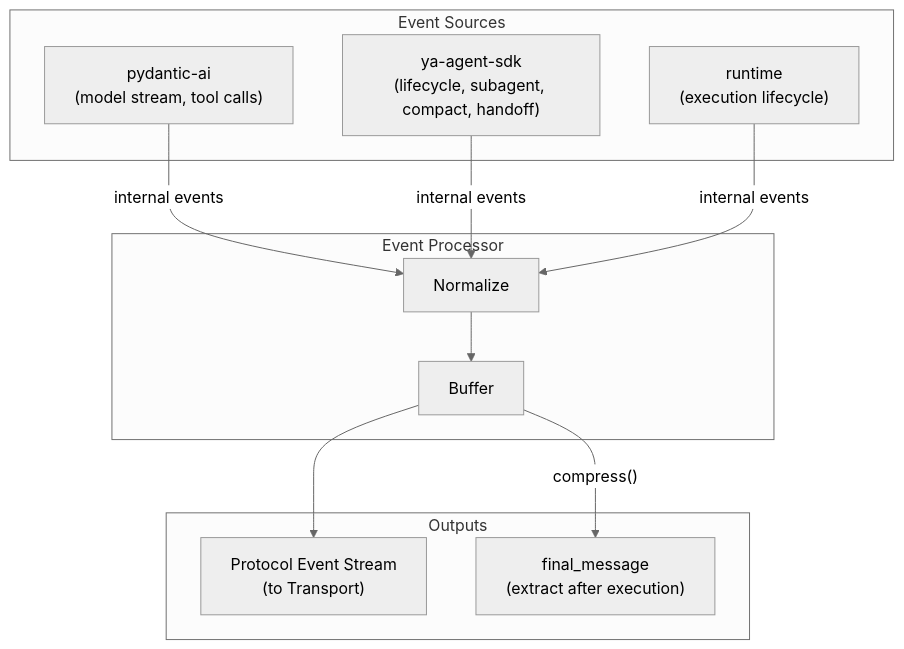
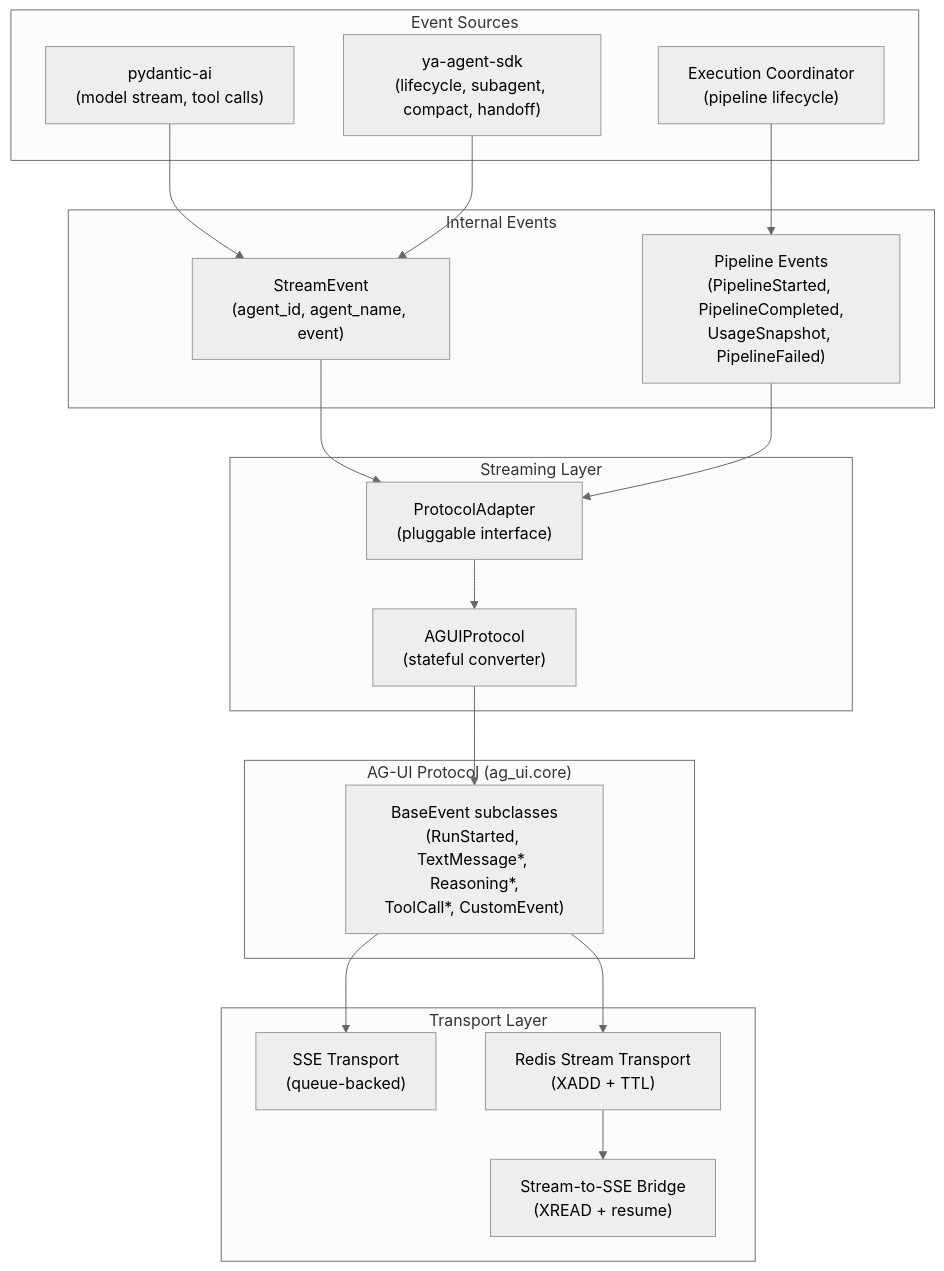
The first of 3 diagrams in spec/agent_runtime/04-events-and-streaming.md (Wh1isper/netherbrain), drawn with Mermaid (neutral theme) before and after one commit. The commit also changed other lines of this file and 29 other files, not shown here.

First line of the commit message:
feat: add event streaming pipeline with AG-UI protocol and transports

````diff
--- a/spec/agent_runtime/04-events-and-streaming.md
+++ b/spec/agent_runtime/04-events-and-streaming.md
@@ -7,23 +7,34 @@
 ```mermaid
 flowchart TB
     subgraph Sources["Event Sources"]
         PAI["pydantic-ai<br/>(model stream, tool calls)"]
         SDK["ya-agent-sdk<br/>(lifecycle, subagent, compact, handoff)"]
-        RT["runtime<br/>(execution lifecycle)"]
+        RT["Execution Coordinator<br/>(pipeline lifecycle)"]
     end
 
-    subgraph EP["Event Processor"]
-        NORM["Normalize"]
-        BUF["Buffer"]
+    subgraph Internal["Internal Events"]
+        SE["StreamEvent<br/>(agent_id, agent_name, event)"]
+        PE["Pipeline Events<br/>(PipelineStarted, PipelineCompleted,<br/>UsageSnapshot, PipelineFailed)"]
     end
 
-    subgraph Outputs
-        PROTO["Protocol Event Stream<br/>(to Transport)"]
-        DM["final_message<br/>(extract after execution)"]
+    subgraph Streaming["Streaming Layer"]
+        PA["ProtocolAdapter<br/>(pluggable interface)"]
+        AGUI["AGUIProtocol<br/>(stateful converter)"]
     end
 
-    PAI & SDK & RT -->|"internal events"| NORM
-    NORM --> BUF
-    BUF --> PROTO
-    BUF -->|"compress()"| DM
+    subgraph External["AG-UI Protocol (ag_ui.core)"]
+        EVT["BaseEvent subclasses<br/>(RunStarted, TextMessage*, Reasoning*,<br/>ToolCall*, CustomEvent)"]
+    end
+
+    subgraph Transport["Transport Layer"]
+        SSE["SSE Transport<br/>(queue-backed)"]
+        RDS["Redis Stream Transport<br/>(XADD + TTL)"]
+        BRG["Stream-to-SSE Bridge<br/>(XREAD + resume)"]
+    end
+
+    PAI & SDK --> SE
+    RT --> PE
+    SE & PE --> PA --> AGUI --> EVT
+    EVT --> SSE & RDS
+    RDS --> BRG
 ```
````
